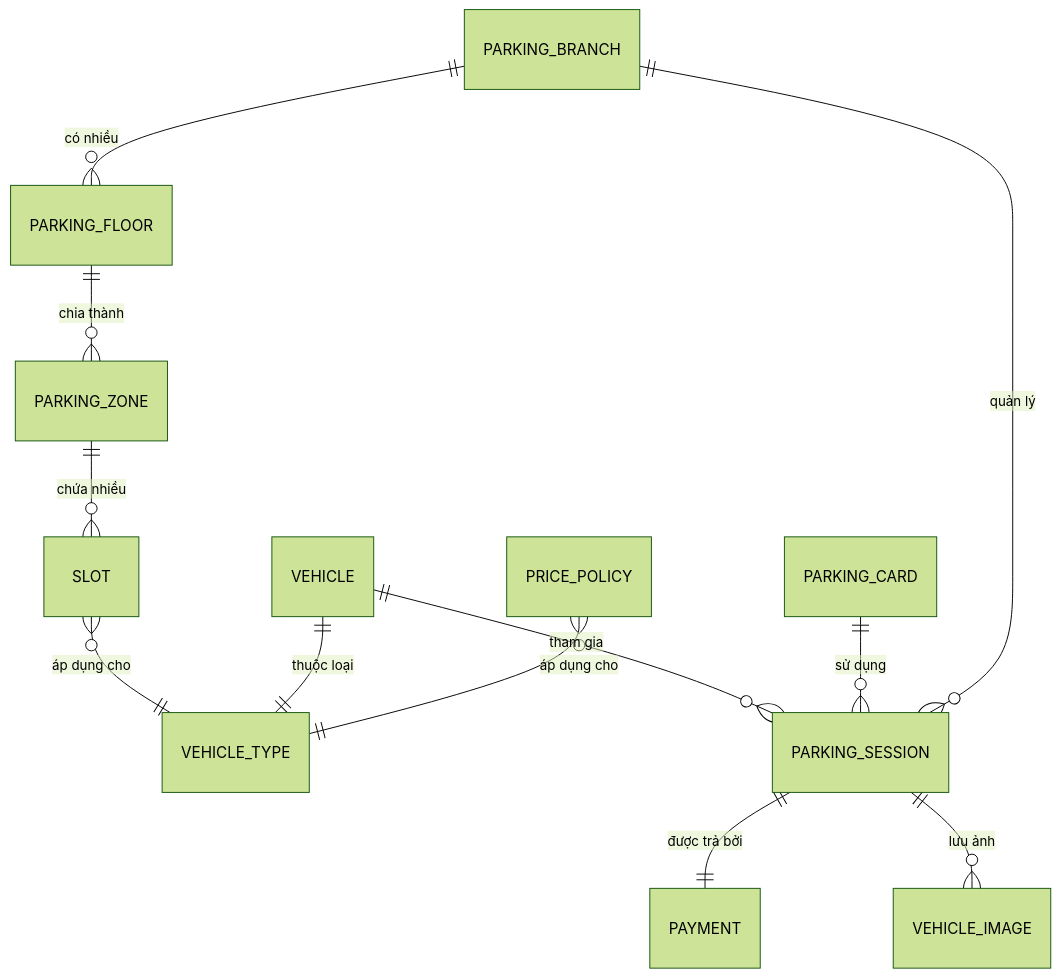
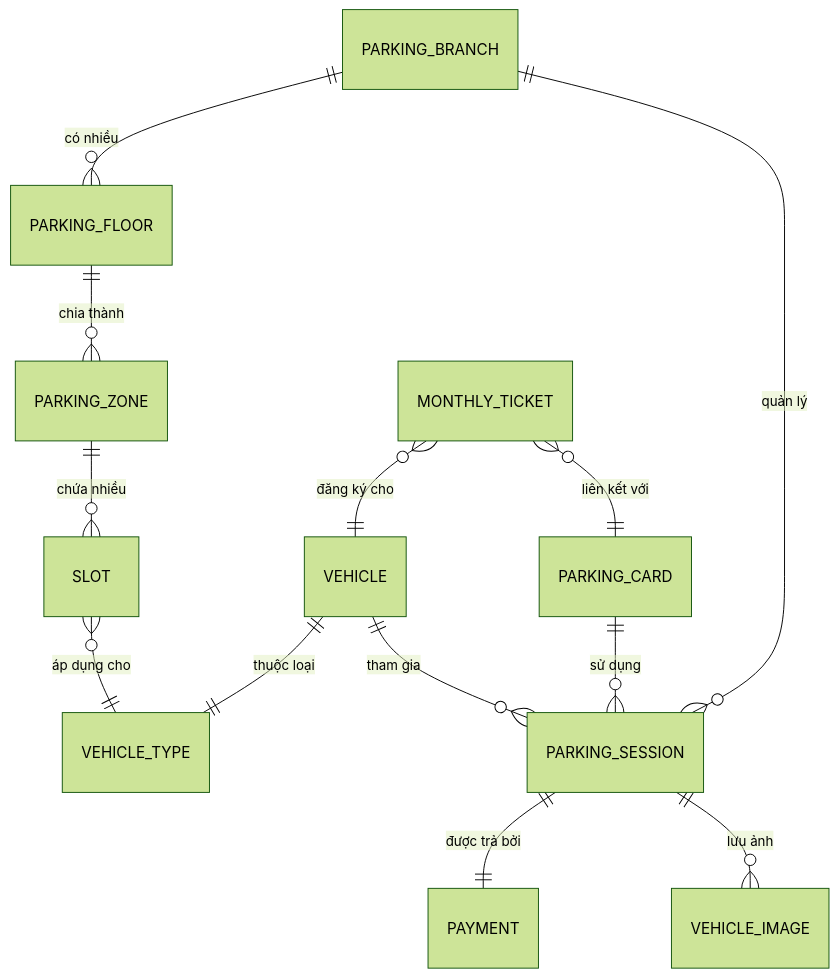
The diagram in docs/02_DATABASE.md (huynhngocduy3122021-sys/SWP391_G5_BE), drawn with Mermaid (forest theme) before and after one commit. The commit also changed other lines of this file and 13 other files, not shown here.

````diff
--- a/docs/02_DATABASE.md
+++ b/docs/02_DATABASE.md
@@ -11,17 +11,18 @@
 ```mermaid
 erDiagram
     PARKING_BRANCH ||--o{ PARKING_FLOOR : "có nhiều"
     PARKING_FLOOR ||--o{ PARKING_ZONE : "chia thành"
     PARKING_ZONE ||--o{ SLOT : "chứa nhiều"
     SLOT }o--|| VEHICLE_TYPE : "áp dụng cho"
     
     VEHICLE ||--|| VEHICLE_TYPE : "thuộc loại"
     VEHICLE ||--o{ PARKING_SESSION : "tham gia"
     PARKING_CARD ||--o{ PARKING_SESSION : "sử dụng"
     PARKING_BRANCH ||--o{ PARKING_SESSION : "quản lý"
     
     PARKING_SESSION ||--|| PAYMENT : "được trả bởi"
     PARKING_SESSION ||--o{ VEHICLE_IMAGE : "lưu ảnh"
-    
-    PRICE_POLICY }o--|| VEHICLE_TYPE : "áp dụng cho"
+
+    MONTHLY_TICKET }o--|| VEHICLE : "đăng ký cho"
+    MONTHLY_TICKET }o--|| PARKING_CARD : "liên kết với"
 ```
````
